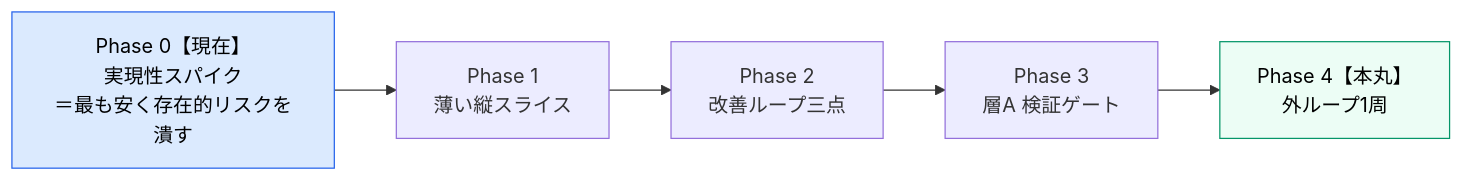
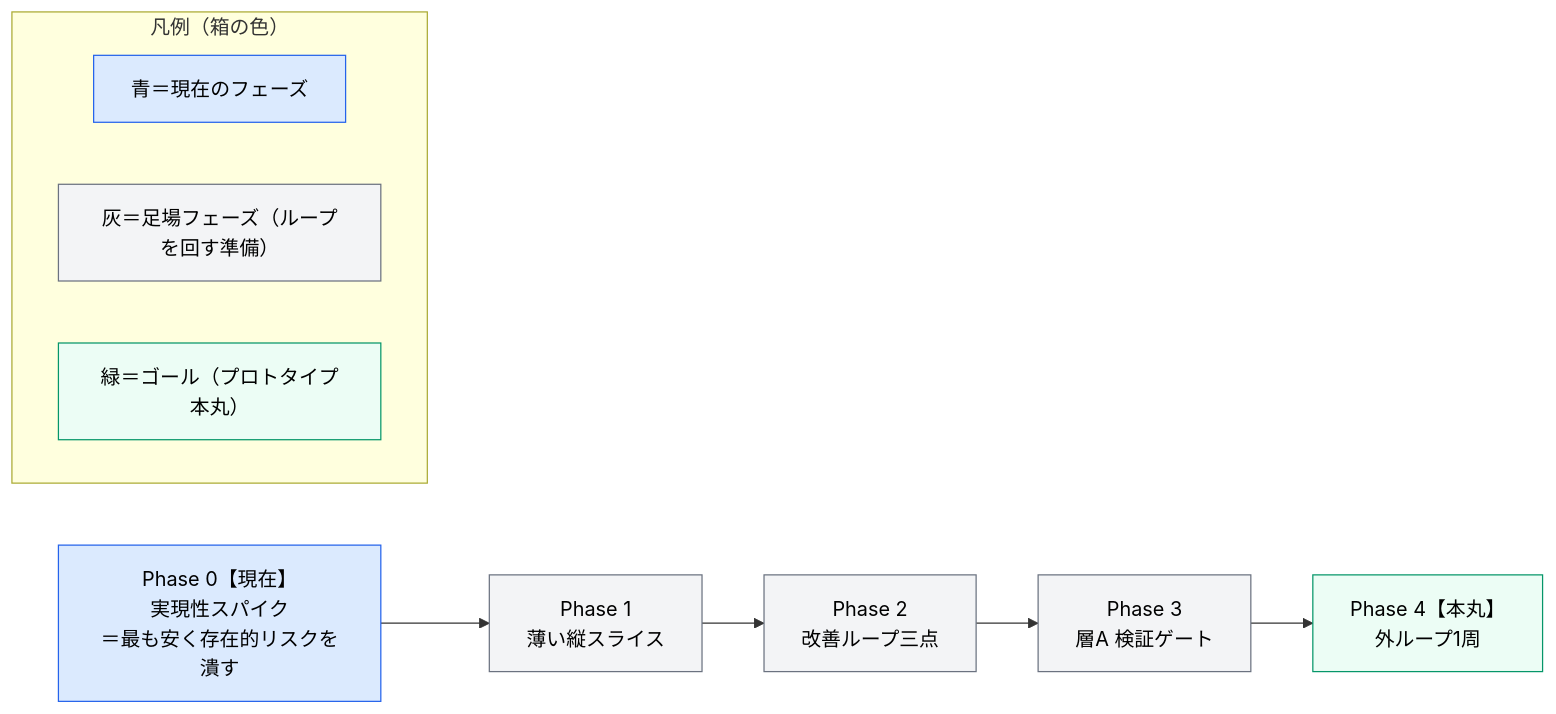
One commit to mgmaru/foley-forge-prototype changed the first of 5 diagrams in docs/phases/phase0/README.md. Above: the diagram before and after it, drawn with Mermaid. The commit also changed other lines of this file, not shown here.

First line of the commit message:
Phase 0 方針ドキュメントをレビュー反映で改善

````diff
--- a/docs/phases/phase0/README.md
+++ b/docs/phases/phase0/README.md
@@ -16,6 +16,15 @@
 ```mermaid
 flowchart LR
-    P0["Phase 0【現在】<br/>実現性スパイク<br/>＝最も安く存在的リスクを潰す"]:::now --> P1["Phase 1<br/>薄い縦スライス"] --> P2["Phase 2<br/>改善ループ三点"] --> P3["Phase 3<br/>層A 検証ゲート"] --> P4["Phase 4【本丸】<br/>外ループ1周"]:::goal
+    P0["Phase 0【現在】<br/>実現性スパイク<br/>＝最も安く存在的リスクを潰す"]:::now --> P1["Phase 1<br/>薄い縦スライス"]:::scaf --> P2["Phase 2<br/>改善ループ三点"]:::scaf --> P3["Phase 3<br/>層A 検証ゲート"]:::scaf --> P4["Phase 4【本丸】<br/>外ループ1周"]:::goal
+
+    subgraph Legend["凡例（箱の色）"]
+        direction LR
+        LN["青＝現在のフェーズ"]:::now
+        LS["灰＝足場フェーズ（ループを回す準備）"]:::scaf
+        LG["緑＝ゴール（プロトタイプ本丸）"]:::goal
+    end
+
     classDef now fill:#dbeafe,stroke:#2563eb,color:#000
+    classDef scaf fill:#f3f4f6,stroke:#6b7280,color:#000
     classDef goal fill:#ecfdf5,stroke:#059669,color:#000
 ```
````
